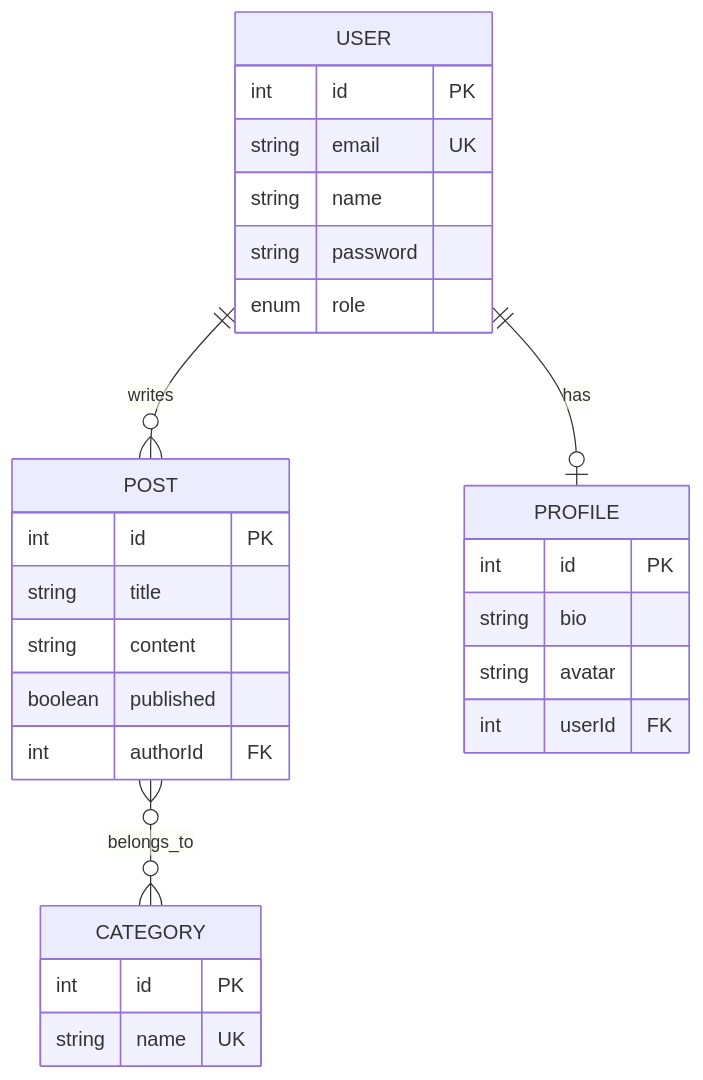
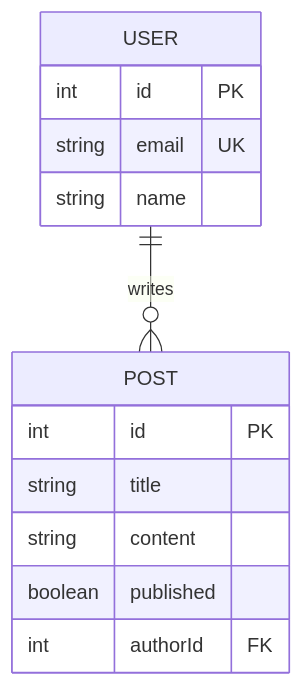
Before and after one commit to shakilahmad3434/prisma: the second of 2 diagrams in README.md, drawn with Mermaid. The commit also changed other lines of this file, not shown here.

First line of the commit message:
Refactor README for Prisma schema and examples

````diff
--- a/README.md
+++ b/README.md
@@ -352,34 +311,18 @@
 ```mermaid
 erDiagram
     USER ||--o{ POST : writes
-    USER ||--o| PROFILE : has
-    POST }o--o{ CATEGORY : belongs_to
     
     USER {
         int id PK
         string email UK
         string name
-        string password
-        enum role
     }
     
     POST {
         int id PK
         string title
         string content
         boolean published
         int authorId FK
     }
-    
-    PROFILE {
-        int id PK
-        string bio
-        string avatar
-        int userId FK
-    }
-    
-    CATEGORY {
-        int id PK
-        string name UK
-    }
 ```
````
